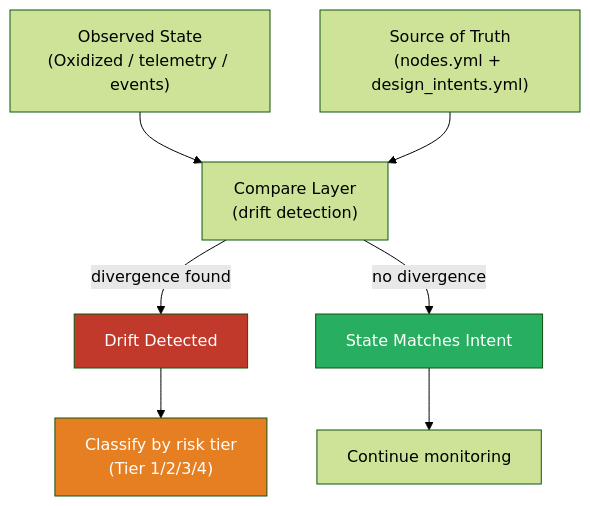
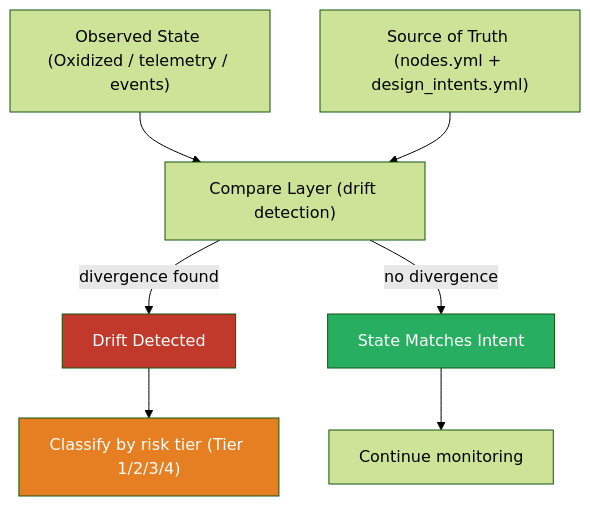
The first of 2 diagrams in 11-advanced-topics/auto-healing/chapter.md (ppklau/network_automation_handbook), drawn with Mermaid (forest theme) before and after one commit. The commit also changed other lines of this file and 12 other files, not shown here.

Commit message:
Adjusted mermaid diagrams.

````diff
--- a/11-advanced-topics/auto-healing/chapter.md
+++ b/11-advanced-topics/auto-healing/chapter.md
@@ -38,20 +38,20 @@
 ```mermaid
 graph TD
-    OBS["Observed State<br>(Oxidized / telemetry / events)"]
-    SOT["Source of Truth<br>(nodes.yml + design_intents.yml)"]
-    CMP["Compare Layer<br>(drift detection)"]
+    OBS["Observed State (Oxidized / telemetry / events)"]
+    SOT["Source of Truth (nodes.yml + design_intents.yml)"]
+    CMP["Compare Layer (drift detection)"]
     DRIFT["Drift Detected"]
     MATCH["State Matches Intent"]
 
     OBS --> CMP
     SOT --> CMP
     CMP -->|"divergence found"| DRIFT
     CMP -->|"no divergence"| MATCH
 
-    DRIFT --> TIER["Classify by risk tier<br>(Tier 1/2/3/4)"]
+    DRIFT --> TIER["Classify by risk tier (Tier 1/2/3/4)"]
     MATCH --> MON["Continue monitoring"]
 
     style DRIFT fill:#c0392b,color:#fff
     style MATCH fill:#27ae60,color:#fff
     style TIER fill:#e67e22,color:#fff
 ```
````
